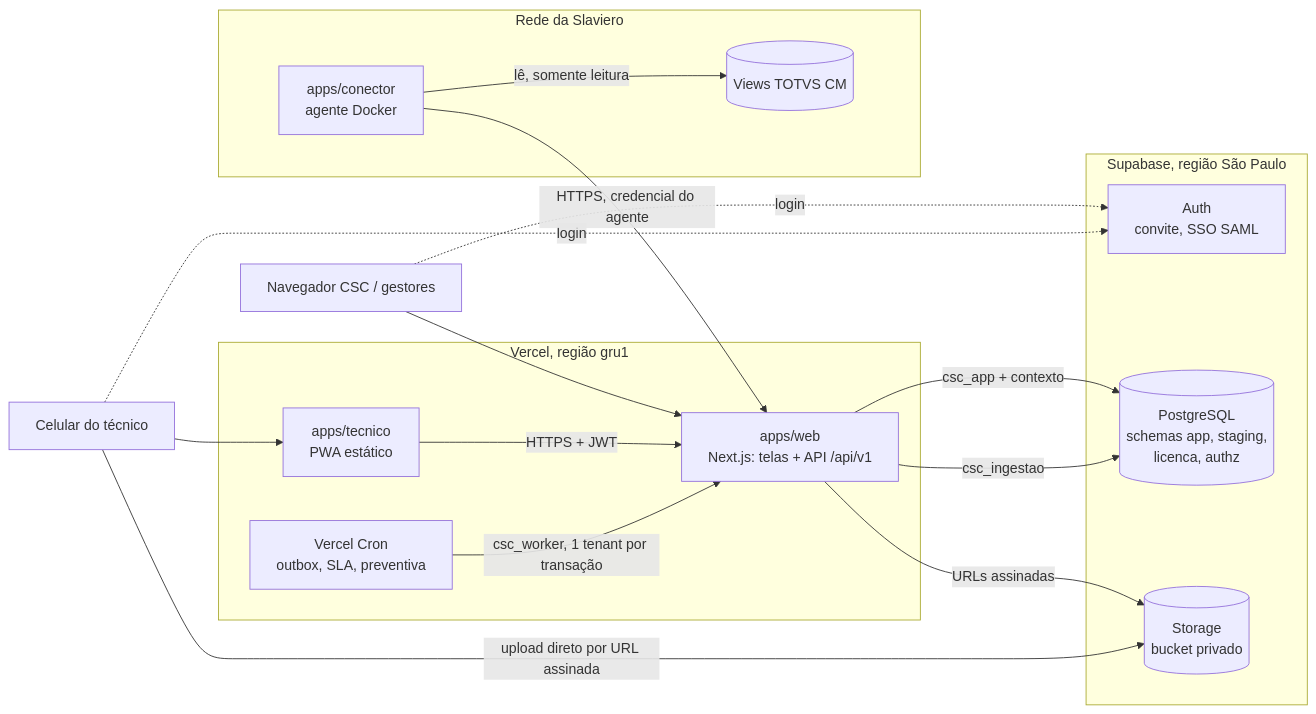
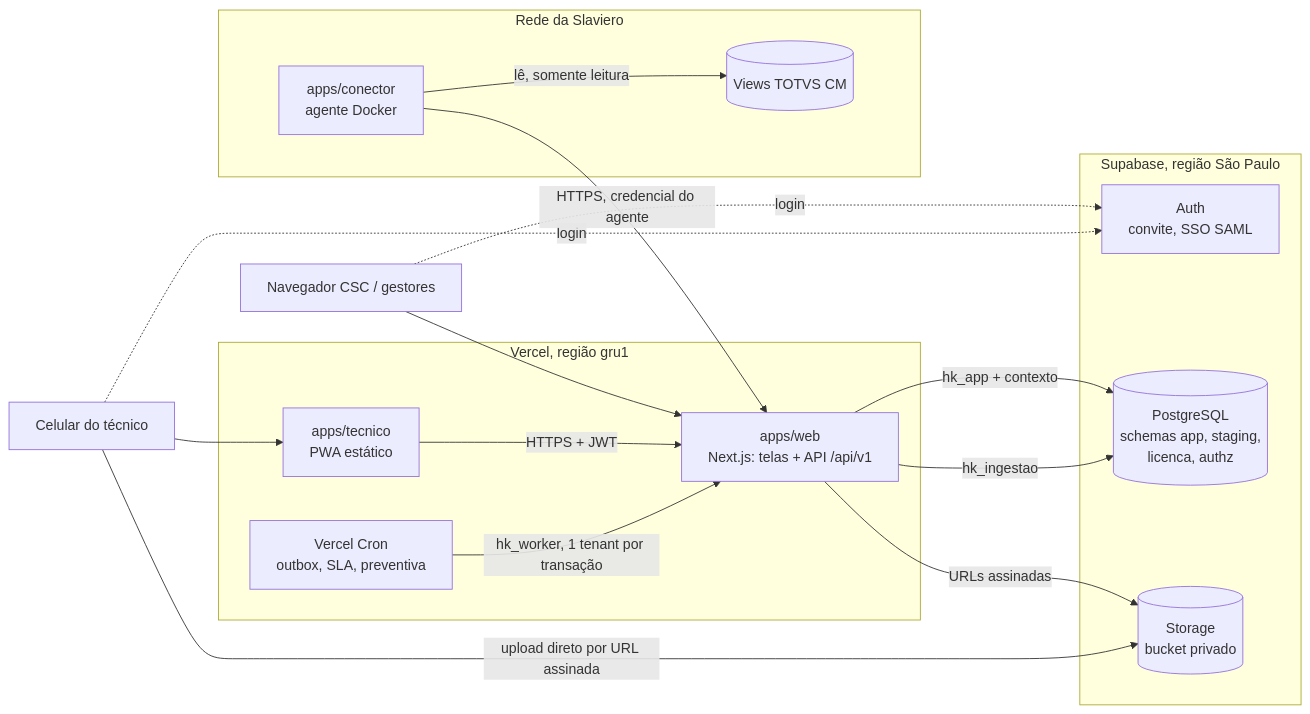
One commit to cesarcoutohubtech/hubkeep changed the diagram in docs/01-arquitetura.md. Above: the diagram before and after it, drawn with Mermaid. The commit also changed other lines of this file and 12 other files, not shown here.

````diff
--- a/docs/01-arquitetura.md
+++ b/docs/01-arquitetura.md
@@ -7,29 +7,29 @@
 ```mermaid
 flowchart LR
   subgraph Vercel [Vercel, região gru1]
     W[apps/web<br/>Next.js: telas + API /api/v1]
     CR[Vercel Cron<br/>outbox, SLA, preventiva]
     T[apps/tecnico<br/>PWA estático]
   end
   subgraph Supabase [Supabase, região São Paulo]
     AUTH[Auth<br/>convite, SSO SAML]
     DB[(PostgreSQL<br/>schemas app, staging,<br/>licenca, authz)]
     ST[(Storage<br/>bucket privado)]
   end
   subgraph Cliente [Rede da Slaviero]
     AG[apps/conector<br/>agente Docker]
     TOTVS[(Views TOTVS CM)]
   end
   U1[Navegador CSC / gestores] --> W
   U2[Celular do técnico] --> T
   T -->|HTTPS + JWT| W
   U1 -.login.-> AUTH
   U2 -.login.-> AUTH
-  W -->|csc_app + contexto| DB
-  CR -->|csc_worker, 1 tenant por transação| W
+  W -->|hk_app + contexto| DB
+  CR -->|hk_worker, 1 tenant por transação| W
   W -->|URLs assinadas| ST
   U2 -->|upload direto por URL assinada| ST
   AG -->|lê, somente leitura| TOTVS
   AG -->|HTTPS, credencial do agente| W
-  W -->|csc_ingestao| DB
+  W -->|hk_ingestao| DB
 ```
````
